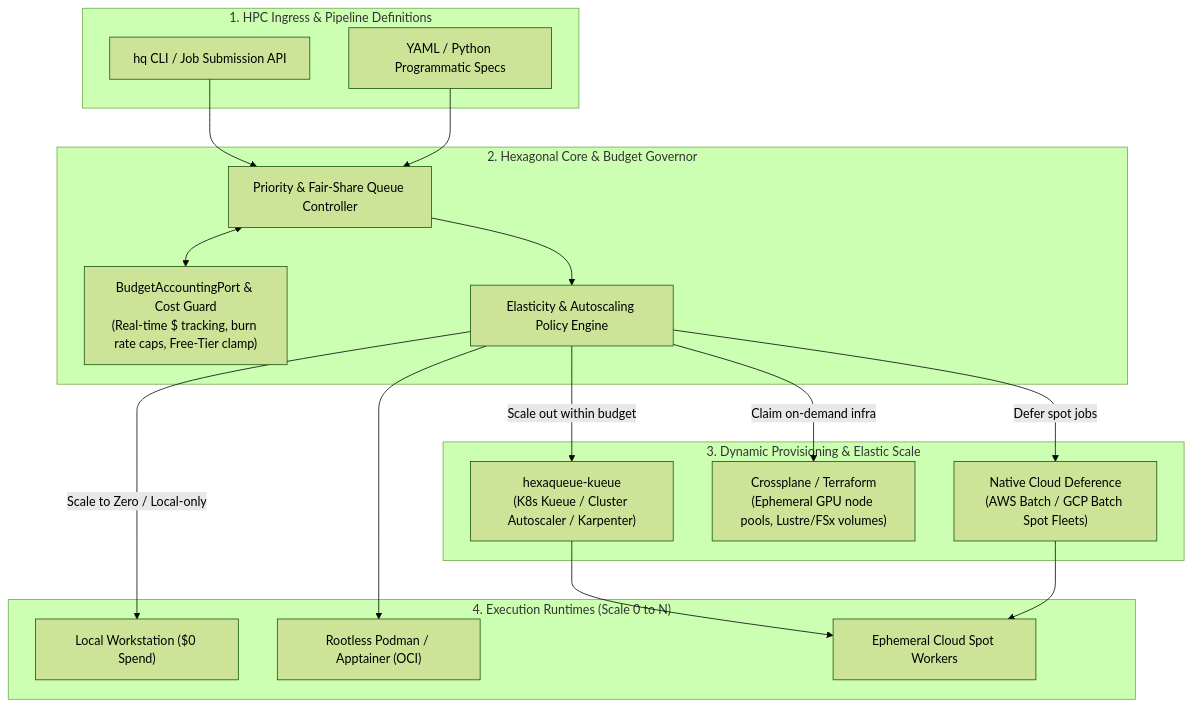
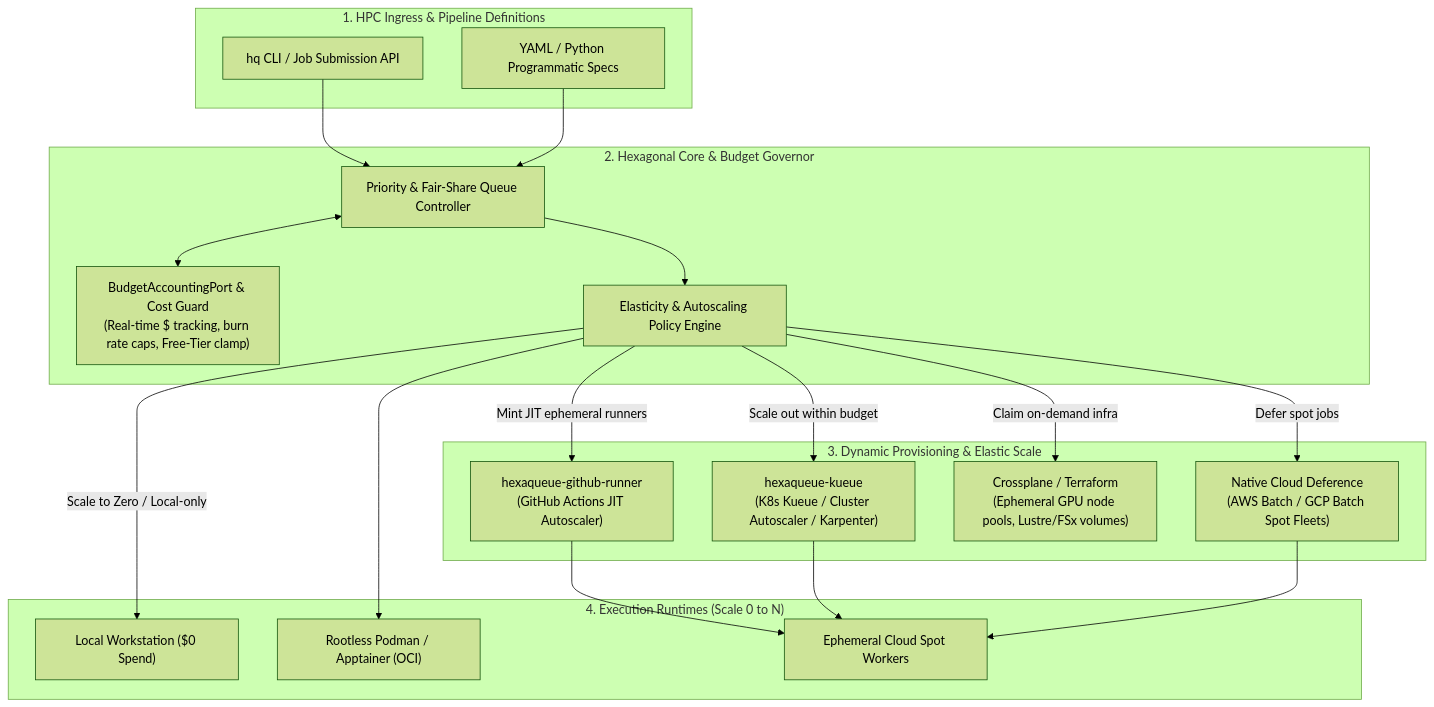
Before and after one commit to TheTrueSCU/hexaqueue: the diagram in docs/architecture.md, drawn with Mermaid (forest theme). The commit also changed 10 other files, not shown here.

Commit message:
feat(umbrella): wire up dynamic subpackages and document github runner (#22)

````diff
--- a/docs/architecture.md
+++ b/docs/architecture.md
@@ -38,40 +38,43 @@
 ```mermaid
 graph TB
     subgraph Ingress ["1. HPC Ingress & Pipeline Definitions"]
         CLI["hq CLI / Job Submission API"]
         DAG_SPEC["YAML / Python Programmatic Specs"]
     end
 
     subgraph HexaqueueCore ["2. Hexagonal Core & Budget Governor"]
         SCHED["Priority & Fair-Share Queue Controller"]
         BUDGET["BudgetAccountingPort & Cost Guard<br/>(Real-time $ tracking, burn rate caps, Free-Tier clamp)"]
         AUTOSCALE["Elasticity & Autoscaling Policy Engine"]
     end
 
     subgraph DynamicProvisioning ["3. Dynamic Provisioning & Elastic Scale"]
+        GH_RUNNER["hexaqueue-github-runner<br/>(GitHub Actions JIT Autoscaler)"]
         KUEUE["hexaqueue-kueue<br/>(K8s Kueue / Cluster Autoscaler / Karpenter)"]
         CP["Crossplane / Terraform<br/>(Ephemeral GPU node pools, Lustre/FSx volumes)"]
         CSP_DEF["Native Cloud Deference<br/>(AWS Batch / GCP Batch Spot Fleets)"]
     end
 
     subgraph ExecutionPlane ["4. Execution Runtimes (Scale 0 to N)"]
         LOCAL["Local Workstation ($0 Spend)"]
         CONTAINERS["Rootless Podman / Apptainer (OCI)"]
         SPOT["Ephemeral Cloud Spot Workers"]
     end
 
     CLI --> SCHED
     DAG_SPEC --> SCHED
 
     SCHED <--> BUDGET
     SCHED --> AUTOSCALE
 
     AUTOSCALE -->|Scale out within budget| KUEUE
+    AUTOSCALE -->|Mint JIT ephemeral runners| GH_RUNNER
     AUTOSCALE -->|Claim on-demand infra| CP
     AUTOSCALE -->|Defer spot jobs| CSP_DEF
 
+    GH_RUNNER --> SPOT
     KUEUE --> SPOT
     CSP_DEF --> SPOT
     AUTOSCALE -->|Scale to Zero / Local-only| LOCAL
     AUTOSCALE --> CONTAINERS
 ```
````
